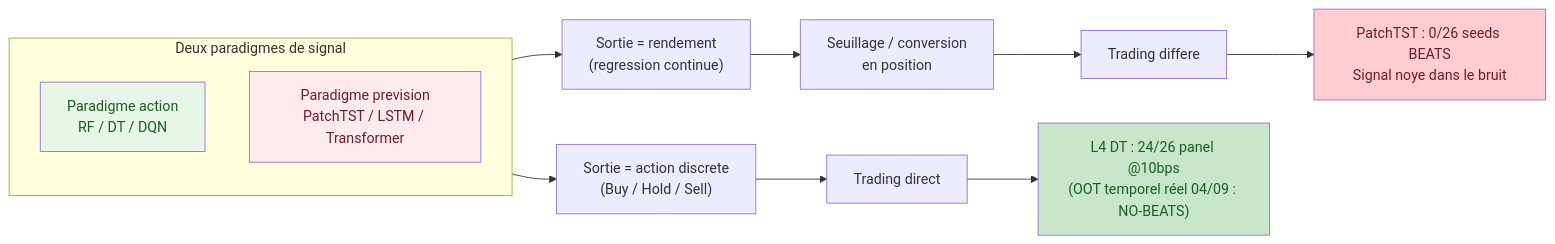
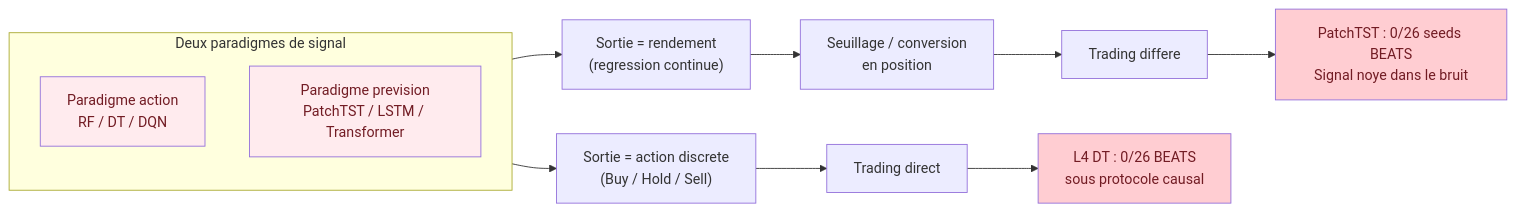
Before and after one commit to jsboige/CoursIA: the second of 2 diagrams in MyIA.AI.Notebooks/QuantConnect/ML-Training-Pipeline/README.md, drawn with Mermaid. The commit also changed other lines of this file and 3 other files, not shown here.

First line of the commit message:
Docs(qc,#21187): verdict causal L4 NO BEATS dans les README, langue par bloc hote

````diff
--- a/MyIA.AI.Notebooks/QuantConnect/ML-Training-Pipeline/README.md
+++ b/MyIA.AI.Notebooks/QuantConnect/ML-Training-Pipeline/README.md
@@ -518,20 +518,20 @@
 ```mermaid
 flowchart LR
     subgraph PARA["Deux paradigmes de signal"]
         direction TB
         P1["Paradigme action<br/>RF / DT / DQN"]
         P2["Paradigme prevision<br/>PatchTST / LSTM / Transformer"]
     end
     P1 --> ACT["Sortie = action discrete<br/>(Buy / Hold / Sell)"]
     P2 --> RET["Sortie = rendement<br/>(regression continue)"]
     ACT --> TR1["Trading direct"]
     RET --> TH["Seuillage / conversion<br/>en position"]
     TH --> TR2["Trading differe"]
-    TR1 --> RES1["L4 DT : 24/26 panel @10bps<br/>(OOT temporel réel 04/09 : NO-BEATS)"]
+    TR1 --> RES1["L4 DT : 0/26 BEATS<br/>sous protocole causal"]
     TR2 --> RES2["PatchTST : 0/26 seeds BEATS<br/>Signal noye dans le bruit"]
     %% color: explicite -- sans lui, libelle clair sur fond clair en mode sombre GitHub (#15022) ; ton parfois plus fonce que le stroke (le stroke en couleur de texte rendrait infer illisible) : ne pas harmoniser
-    style P1 fill:#e8f5e9,color:#1b5e20
+    style P1 fill:#ffebee,color:#721c24
     style P2 fill:#ffebee,color:#721c24
-    style RES1 fill:#c8e6c9,color:#1b5e20
+    style RES1 fill:#ffcdd2,color:#721c24
     style RES2 fill:#ffcdd2,color:#721c24
 ```
````
